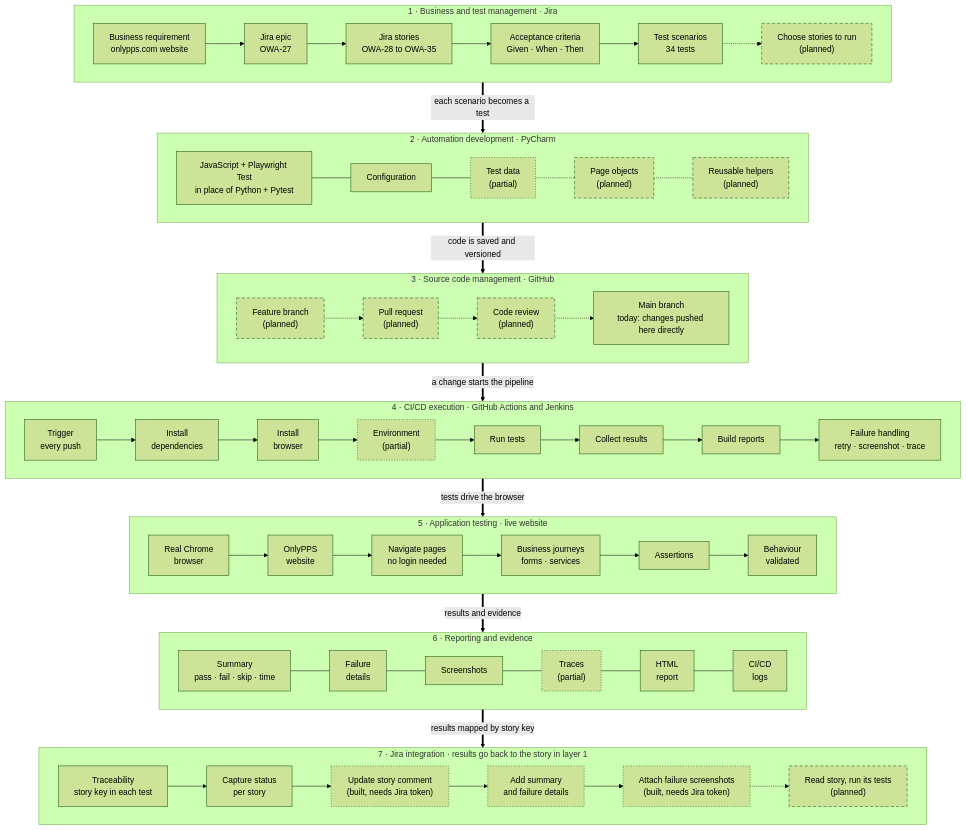
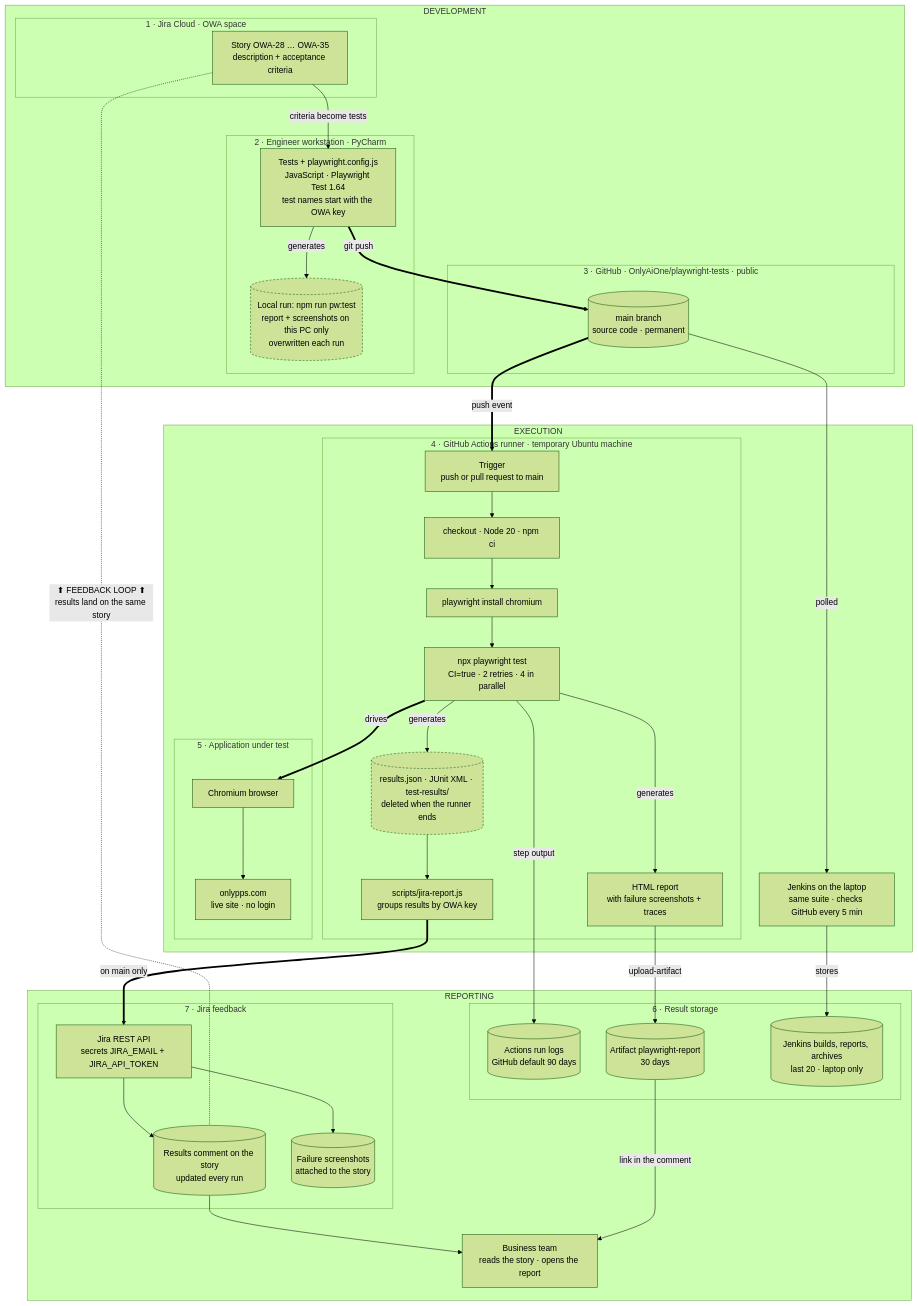
The second of 2 diagrams in docs/architecture.md (OnlyAiOne/playwright-tests), drawn with Mermaid (forest theme) before and after one commit. The commit also changed other lines of this file, not shown here.

Commit message:
Add business and technical architecture diagrams
docs/architecture.md now has a high-level business view (development,
execution and reporting bands with the Jira feedback loop) and a
detailed technical view that keeps the seven layers and shows where
results are generated and stored.

````diff
--- a/docs/architecture.md
+++ b/docs/architecture.md
@@ -9,47 +35,60 @@
 ```mermaid
 flowchart TB
-  subgraph BUSINESS["1 · Business and test management · Jira"]
-    direction LR
-    BR["Business requirement<br/>onlypps.com website"] --> EP["Jira epic<br/>OWA-27"] --> ST["Jira stories<br/>OWA-28 to OWA-35"] --> AC["Acceptance criteria<br/>Given · When · Then"] --> TS["Test scenarios<br/>34 tests"] -.-> SEL["Choose stories to run<br/>(planned)"]:::plan
+  subgraph DEVELOPMENT["DEVELOPMENT"]
+    subgraph L1["1 · Jira Cloud · OWA space"]
+      STORY["Story OWA-28 … OWA-35<br/>description + acceptance criteria"]
+    end
+    subgraph L2["2 · Engineer workstation · PyCharm"]
+      SPECS["Tests + playwright.config.js<br/>JavaScript · Playwright Test 1.64<br/>test names start with the OWA key"]
+      LOCALOUT[("Local run: npm run pw:test<br/>report + screenshots on this PC only<br/>overwritten each run")]:::temp
+    end
+    subgraph L3["3 · GitHub · OnlyAiOne/playwright-tests · public"]
+      MAIN[("main branch<br/>source code · permanent")]
+    end
   end
 
-  subgraph DEV["2 · Automation development · PyCharm"]
-    direction LR
-    CODE["JavaScript + Playwright Test<br/>in place of Python + Pytest"] --- CFG["Configuration"] --- DATA["Test data<br/>(partial)"]:::part -.- POM["Page objects<br/>(planned)"]:::plan -.- UTIL["Reusable helpers<br/>(planned)"]:::plan
+  subgraph EXECUTION["EXECUTION"]
+    subgraph L4["4 · GitHub Actions runner · temporary Ubuntu machine"]
+      TRIG["Trigger<br/>push or pull request to main"] --> SETUP["checkout · Node 20 · npm ci"] --> BRW["playwright install chromium"] --> RUN["npx playwright test<br/>CI=true · 2 retries · 4 in parallel"]
+      RUN -->|generates| RAW[("results.json · JUnit XML · test-results/<br/>deleted when the runner ends")]:::temp
+      RUN -->|generates| HTML["HTML report<br/>with failure screenshots + traces"]
+      RAW --> JR["scripts/jira-report.js<br/>groups results by OWA key"]
+    end
+    subgraph L5["5 · Application under test"]
+      CHROME["Chromium browser"] --> SITE["onlypps.com<br/>live site · no login"]
+    end
+    JENKINS["Jenkins on the laptop<br/>same suite · checks GitHub every 5 min"]
   end
 
-  subgraph SCM["3 · Source code management · GitHub"]
-    direction LR
-    FB["Feature branch<br/>(planned)"]:::plan -.-> PR["Pull request<br/>(planned)"]:::plan -.-> CR["Code review<br/>(planned)"]:::plan -.-> MAIN["Main branch<br/>today: changes pushed here directly"]
+  subgraph REPORTING["REPORTING"]
+    subgraph L6["6 · Result storage"]
+      LOGS[("Actions run logs<br/>GitHub default 90 days")]
+      ART[("Artifact playwright-report<br/>30 days")]
+      JSTORE[("Jenkins builds, reports, archives<br/>last 20 · laptop only")]
+    end
+    subgraph L7["7 · Jira feedback"]
+      API["Jira REST API<br/>secrets JIRA_EMAIL + JIRA_API_TOKEN"]
+      CMT[("Results comment on the story<br/>updated every run")]
+      ATT[("Failure screenshots<br/>attached to the story")]
+    end
+    BIZ["Business team<br/>reads the story · opens the report"]
   end
 
-  subgraph CICD["4 · CI/CD execution · GitHub Actions and Jenkins"]
-    direction LR
-    TRIG["Trigger<br/>every push"] --> DEP["Install<br/>dependencies"] --> BRW["Install<br/>browser"] --> ENV["Environment<br/>(partial)"]:::part --> RUN["Run tests"] --> COL["Collect results"] --> REP["Build reports"] --> FAIL["Failure handling<br/>retry · screenshot · trace"]
-  end
+  STORY -->|criteria become tests| SPECS
+  SPECS ==>|git push| MAIN
+  SPECS -->|generates| LOCALOUT
+  MAIN ==>|push event| TRIG
+  MAIN -->|polled| JENKINS
+  RUN ==>|drives| CHROME
+  RUN -->|step output| LOGS
+  HTML -->|upload-artifact| ART
+  JENKINS -->|stores| JSTORE
+  JR ==>|on main only| API
+  API --> CMT
+  API --> ATT
+  CMT --> BIZ
+  ART -->|link in the comment| BIZ
+  STORY -. "⬆ FEEDBACK LOOP ⬆<br/>results land on the same story" .- CMT
 
-  subgraph APP["5 · Application testing · live website"]
-    direction LR
-    BROW["Real Chrome<br/>browser"] --> SITE["OnlyPPS<br/>website"] --> NAV["Navigate pages<br/>no login needed"] --> WF["Business journeys<br/>forms · services"] --> AS["Assertions"] --> VAL["Behaviour<br/>validated"]
-  end
-
-  subgraph EVIDENCE["6 · Reporting and evidence"]
-    direction LR
-    SUM["Summary<br/>pass · fail · skip · time"] --- FD["Failure<br/>details"] --- SS["Screenshots"] --- TR["Traces<br/>(partial)"]:::part --- HTML["HTML<br/>report"] --- LOG["CI/CD<br/>logs"]
-  end
-
-  subgraph JIRA["7 · Jira integration · results go back to the story in layer 1"]
-    direction LR
-    TRC["Traceability<br/>story key in each test"] --> CAP["Capture status<br/>per story"] --> UPD["Update story comment<br/>(built, needs Jira token)"]:::part --> SUMJ["Add summary<br/>and failure details"]:::part --> ATT["Attach failure screenshots<br/>(built, needs Jira token)"]:::part -.-> READ["Read story, run its tests<br/>(planned)"]:::plan
-  end
-
-  BUSINESS ==>|each scenario becomes a test| DEV
-  DEV ==>|code is saved and versioned| SCM
-  SCM ==>|a change starts the pipeline| CICD
-  CICD ==>|tests drive the browser| APP
-  APP ==>|results and evidence| EVIDENCE
-  EVIDENCE ==>|results mapped by story key| JIRA
-
-  classDef plan stroke-dasharray: 6 4
-  classDef part stroke-dasharray: 2 3
+  classDef temp stroke-dasharray: 4 3
 ```
````
